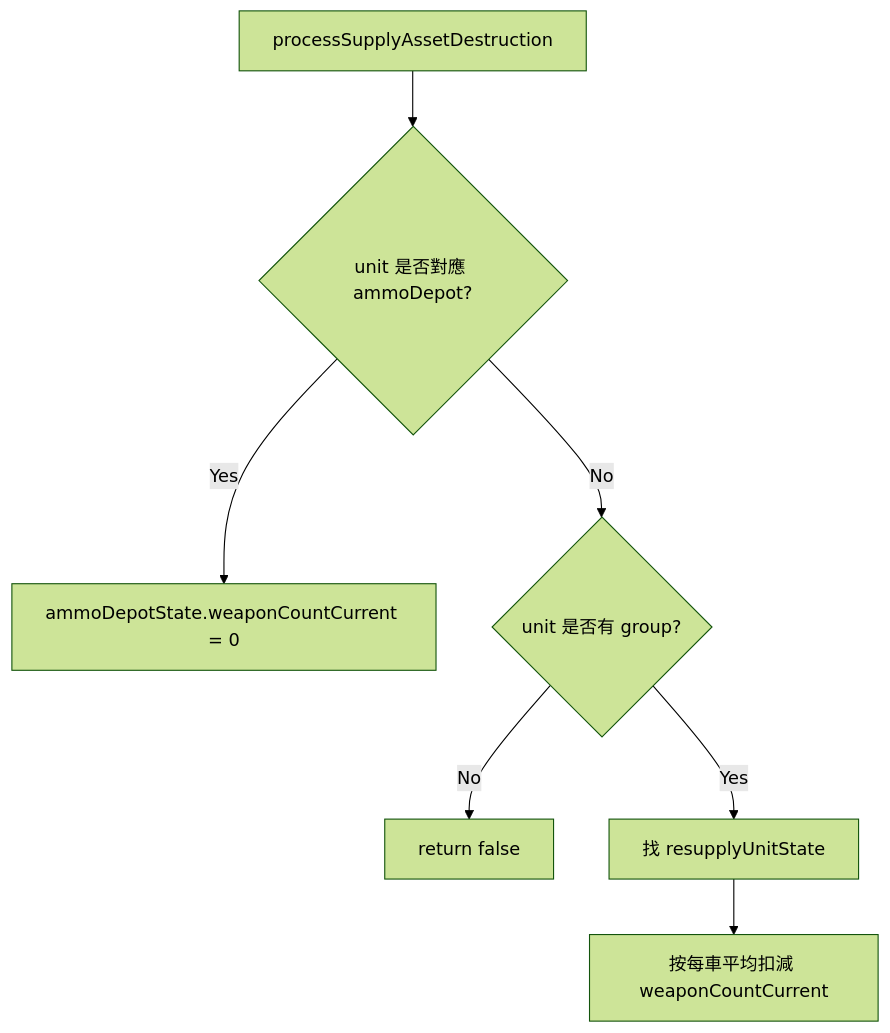
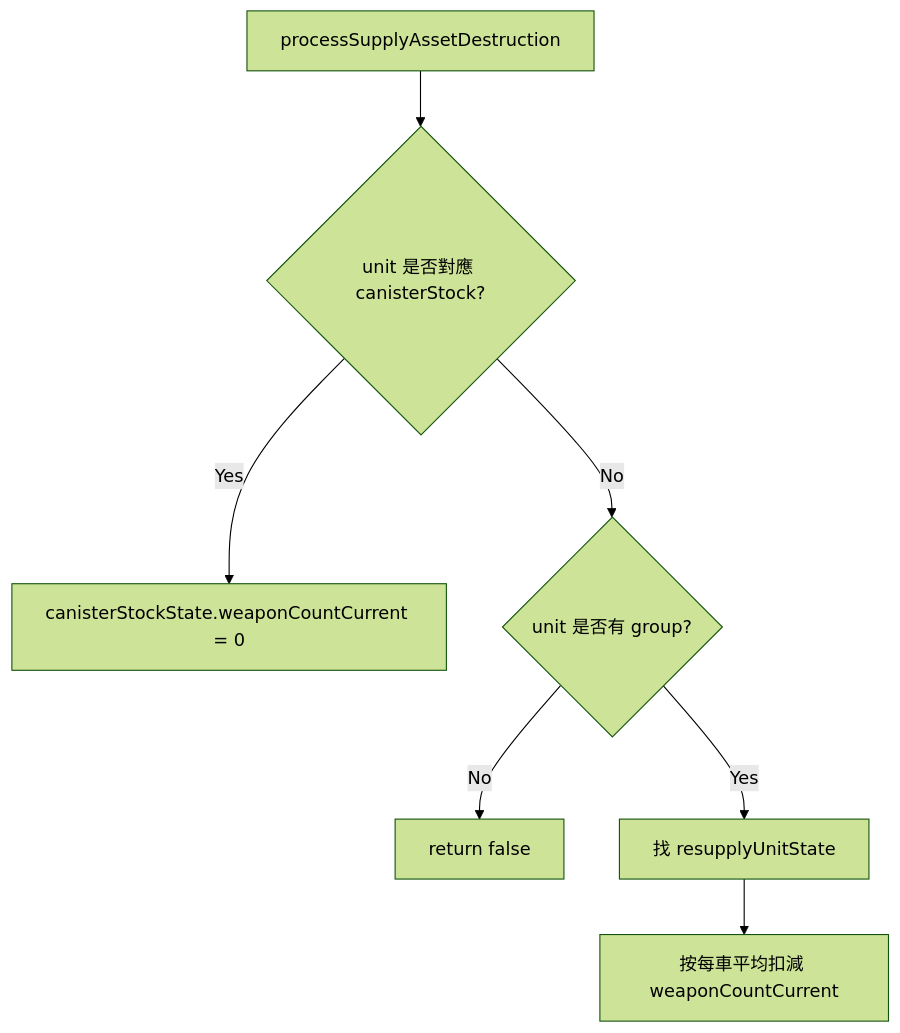
Before and after one commit to pullupjumper/formosa-in-flames: the diagram in docs/missileSystem/groundStateStore.md, drawn with Mermaid (forest theme). The commit also changed other lines of this file and 36 other files, not shown here.

First line of the commit message:
refactor(missileSystem): rename the ammo depot to canister stock

````diff
--- a/docs/missileSystem/groundStateStore.md
+++ b/docs/missileSystem/groundStateStore.md
@@ -24,9 +24,9 @@
 ```mermaid
 flowchart TD
-    A[processSupplyAssetDestruction] --> B{unit 是否對應 ammoDepot?}
-    B -->|Yes| C[ammoDepotState.weaponCountCurrent = 0]
+    A[processSupplyAssetDestruction] --> B{unit 是否對應 canisterStock?}
+    B -->|Yes| C[canisterStockState.weaponCountCurrent = 0]
     B -->|No| D{unit 是否有 group?}
     D -->|No| E[return false]
     D -->|Yes| F[找 resupplyUnitState]
     F --> G[按每車平均扣減 weaponCountCurrent]
 ```
````
